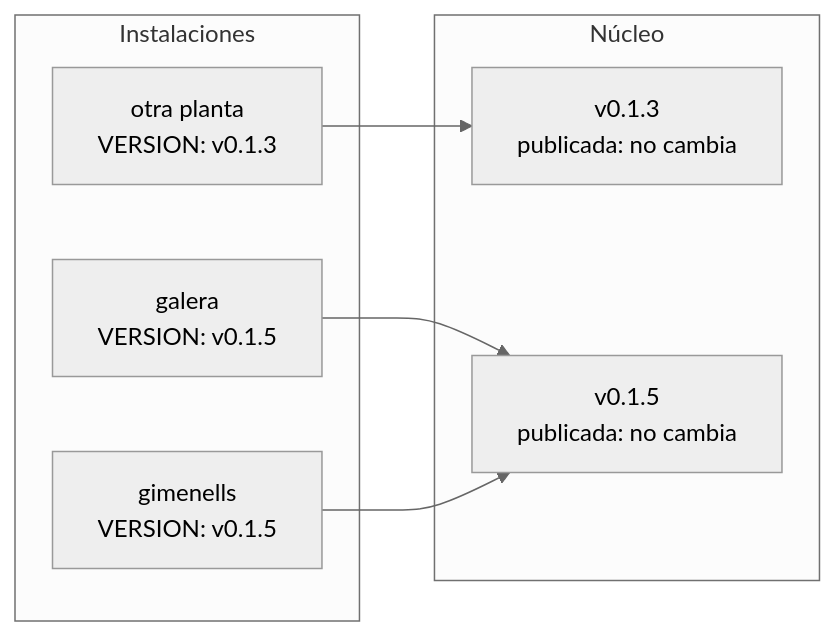
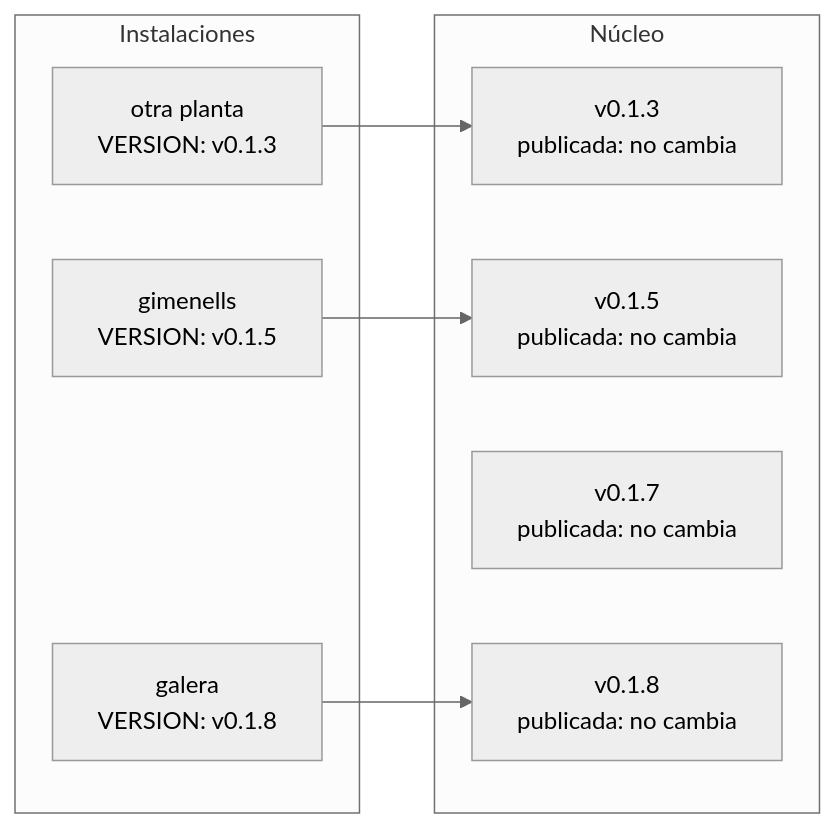
Before and after one commit to mcamasanz/TeOdora: the diagram in README.md, drawn with Mermaid (neutral theme). The commit also changed other lines of this file and 443 other files, not shown here.

````diff
--- a/README.md
+++ b/README.md
@@ -82,15 +82,17 @@
 ```mermaid
 flowchart LR
     subgraph plantas [Instalaciones]
-        A["galera<br/>VERSION: v0.1.5"]
+        A["galera<br/>VERSION: v0.1.8"]
         C["gimenells<br/>VERSION: v0.1.5"]
         B["otra planta<br/>VERSION: v0.1.3"]
     end
     subgraph nucleo [Núcleo]
         V3["v0.1.3<br/>publicada: no cambia"]
         V4["v0.1.5<br/>publicada: no cambia"]
+        V5["v0.1.7<br/>publicada: no cambia"]
+        V6["v0.1.8<br/>publicada: no cambia"]
     end
-    A --> V4
+    A --> V6
     C --> V4
     B --> V3
 ```
````
